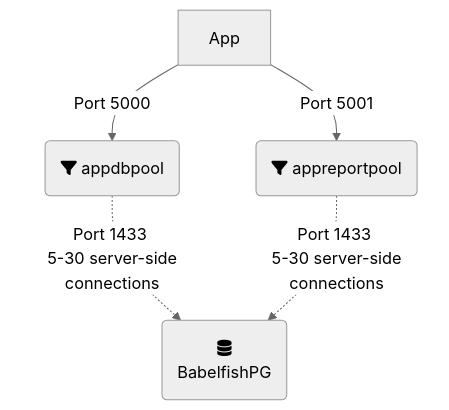
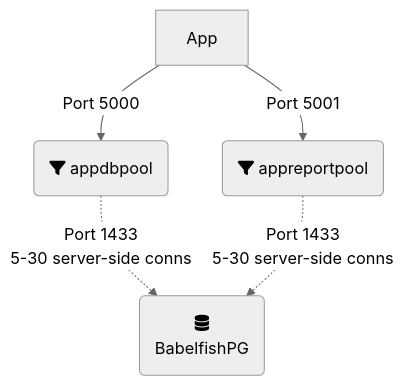
One commit to 3manuek/3manuek changed the diagram in content/posts/2024-08/tdsbabelfish.md. Above: the diagram before and after it, drawn with Mermaid (neutral theme). The commit also changed 5 other files, not shown here.

```diff
--- a/content/posts/2024-08/tdsbabelfish.md
+++ b/content/posts/2024-08/tdsbabelfish.md
@@ -58,7 +58,7 @@
 {{< mermaid >}}
 flowchart TD
     A[App] -->|Port 5000| B(fa:fa-filter appdbpool)
     A -->|Port 5001| F(fa:fa-filter appreportpool)
-    B -.->|Port 1433 \n 5-30 server-side connections| D(fa:fa-database \n BabelfishPG)
-    F -.->|Port 1433 \n 5-30 server-side connections| D
+    B -.->|Port 1433 <br/> 5-30 server-side conns| D(fa:fa-database <br/> BabelfishPG)
+    F -.->|Port 1433 <br/> 5-30 server-side conns| D
 {{< /mermaid >}}
```
